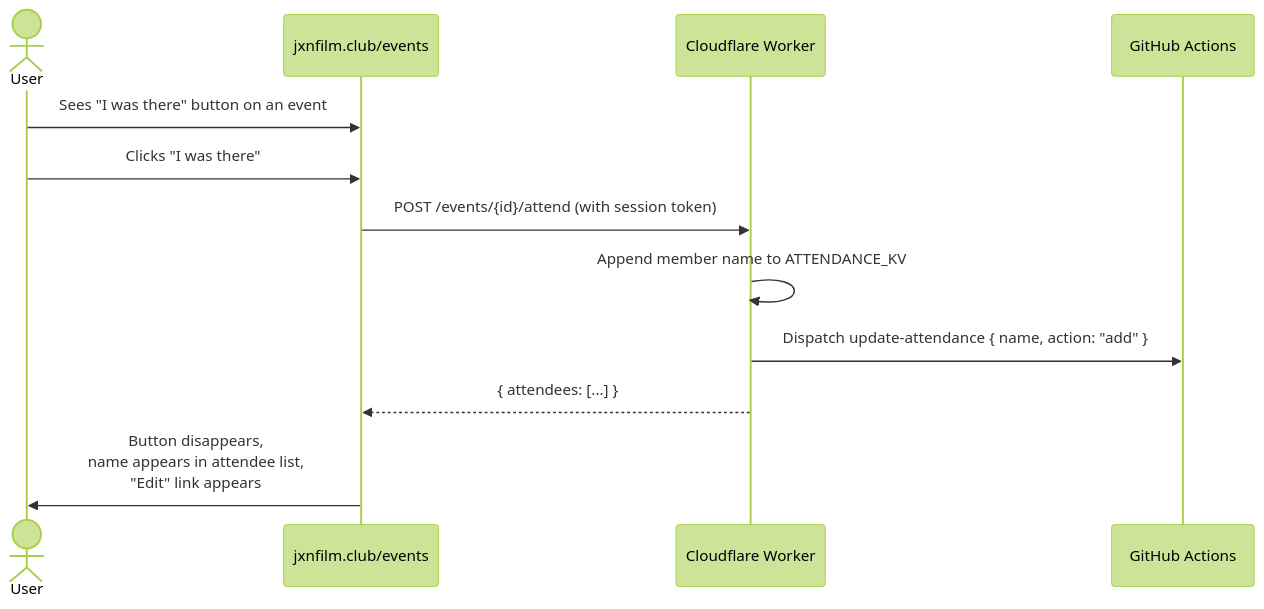
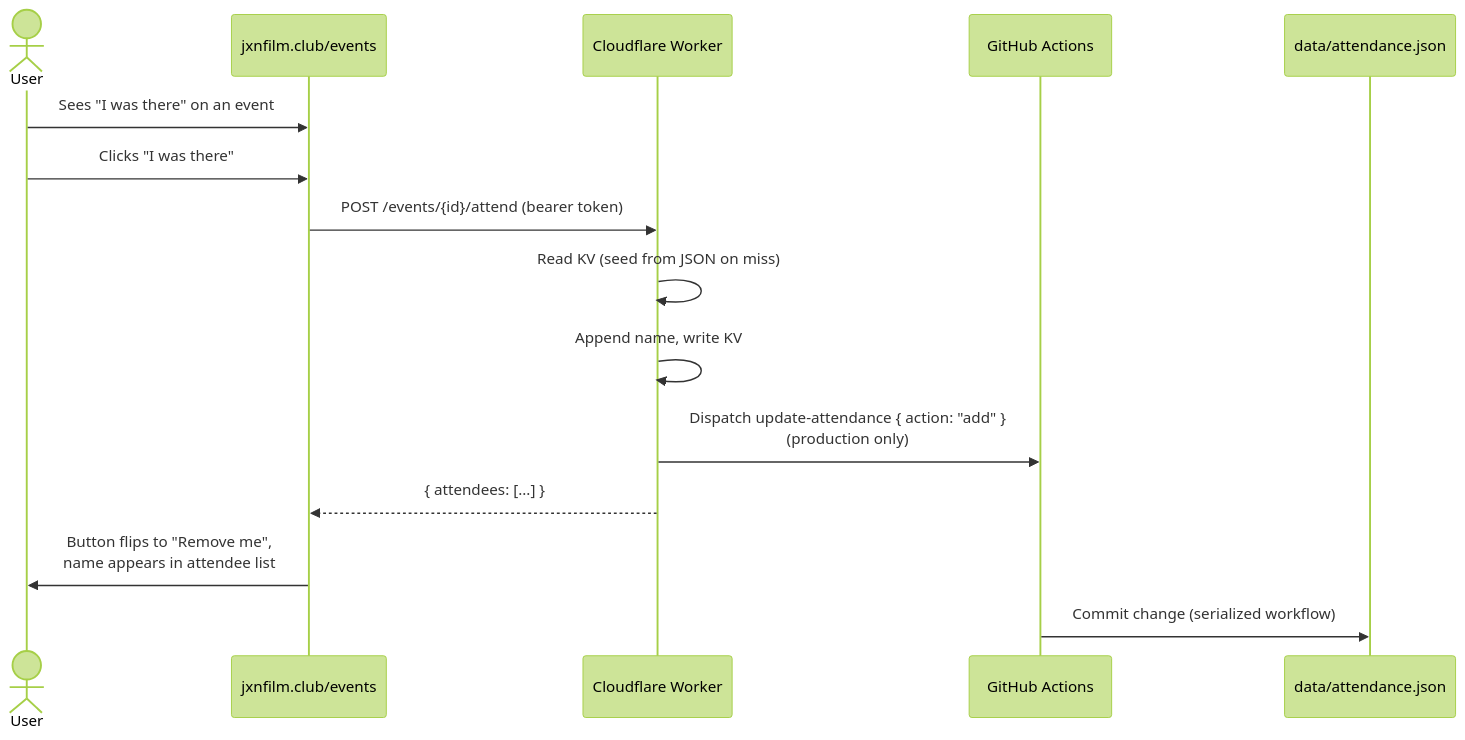
One commit to michaellambgelo/jxnfilmclub changed the first of 3 diagrams in docs/features/attendance.md. Above: the diagram before and after it, drawn with Mermaid (forest theme). The commit also changed other lines of this file and 7 other files, not shown here.

````diff
--- a/docs/features/attendance.md
+++ b/docs/features/attendance.md
@@ -7,15 +7,18 @@
 ```mermaid
 sequenceDiagram
     actor User
     participant Events as jxnfilm.club/events
     participant Worker as Cloudflare Worker
     participant GH as GitHub Actions
+    participant JSON as data/attendance.json
 
-    User->>Events: Sees "I was there" button on an event
+    User->>Events: Sees "I was there" on an event
     User->>Events: Clicks "I was there"
-    Events->>Worker: POST /events/{id}/attend (with session token)
-    Worker->>Worker: Append member name to ATTENDANCE_KV
-    Worker->>GH: Dispatch update-attendance { name, action: "add" }
+    Events->>Worker: POST /events/{id}/attend (bearer token)
+    Worker->>Worker: Read KV (seed from JSON on miss)
+    Worker->>Worker: Append name, write KV
+    Worker->>GH: Dispatch update-attendance { action: "add" }<br/>(production only)
     Worker-->>Events: { attendees: [...] }
-    Events->>User: Button disappears,<br/>name appears in attendee list,<br/>"Edit" link appears
+    Events->>User: Button flips to "Remove me",<br/>name appears in attendee list
+    GH->>JSON: Commit change (serialized workflow)
 ```
````
